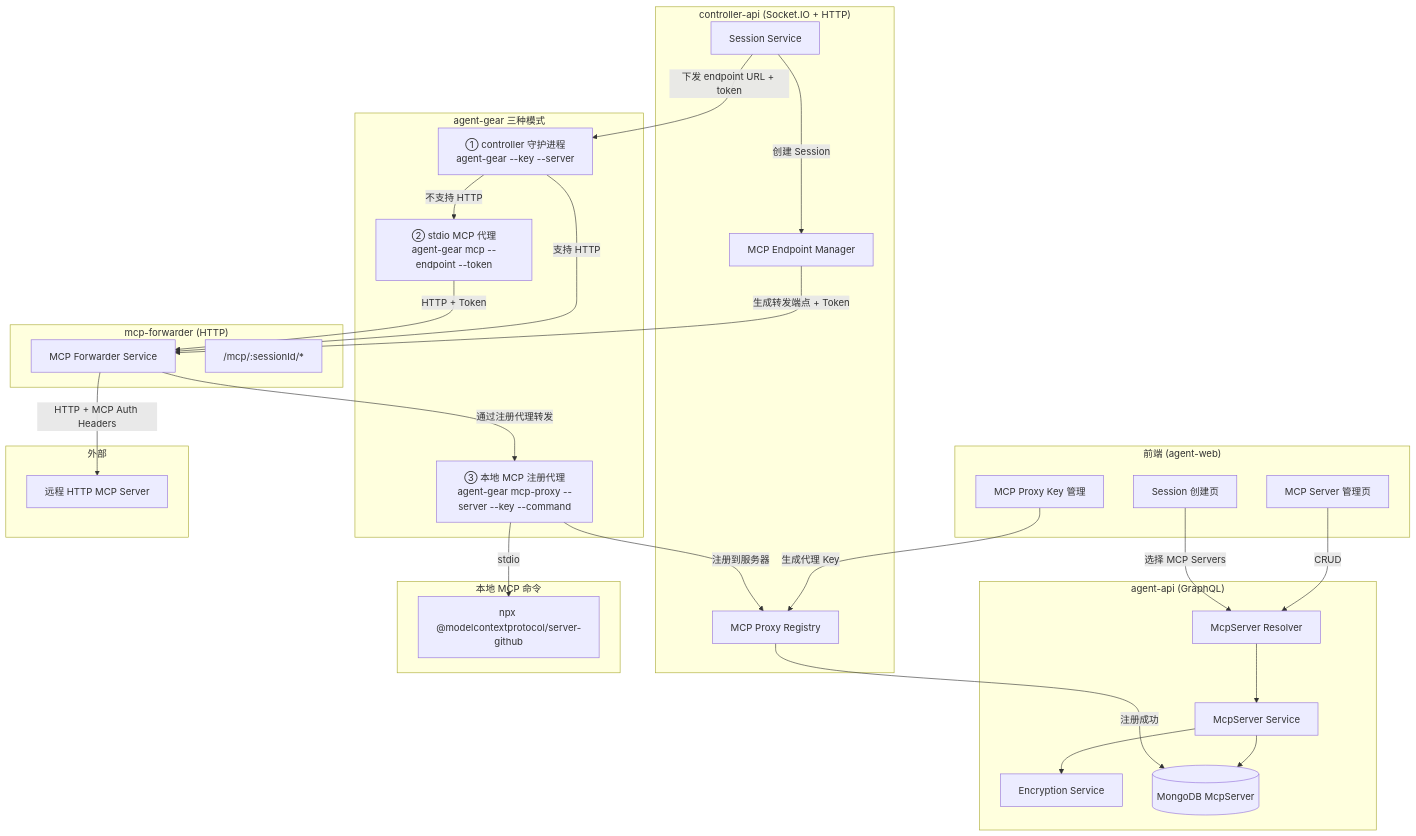
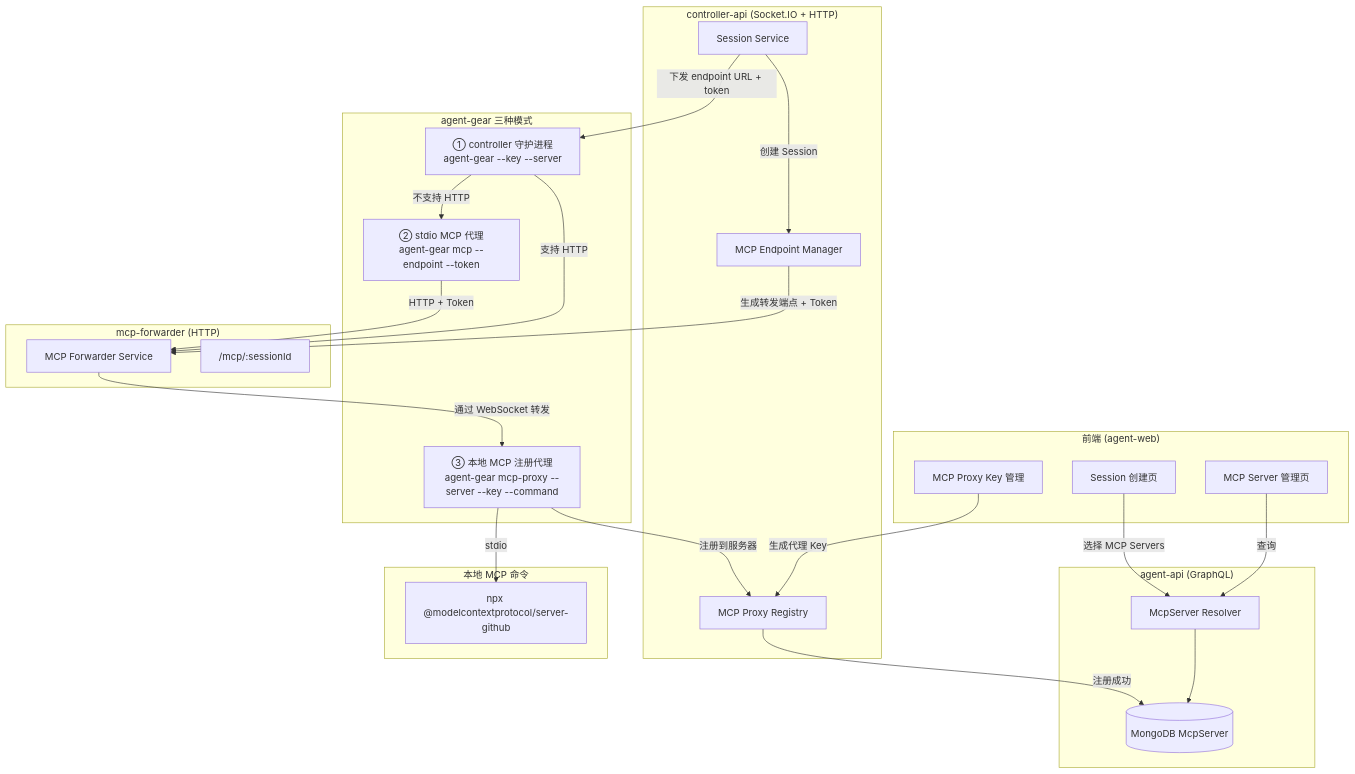
The first of 5 diagrams in docs/engineering/proposals/20260530-feat-mcp-proxy-config.md (Deliay/z-agent-gear), drawn with Mermaid before and after one commit. The commit also changed other lines of this file, not shown here.

````diff
--- a/docs/engineering/proposals/20260530-feat-mcp-proxy-config.md
+++ b/docs/engineering/proposals/20260530-feat-mcp-proxy-config.md
@@ -51,62 +46,53 @@
 ```mermaid
 graph TD
     subgraph "前端 (agent-web)"
         UI_MCP[MCP Server 管理页]
         UI_SESSION[Session 创建页]
         UI_KEY[MCP Proxy Key 管理]
     end
 
     subgraph "agent-api (GraphQL)"
         RES[McpServer Resolver]
-        SVC[McpServer Service]
-        ENC[Encryption Service]
         MOD[(MongoDB McpServer)]
     end
 
     subgraph "controller-api (Socket.IO + HTTP)"
         CAPI[Session Service]
         EP[MCP Endpoint Manager]
         PROXY_REG[MCP Proxy Registry]
     end
 
     subgraph "mcp-forwarder (HTTP)"
         FWD[MCP Forwarder Service]
-        ROUTE["/mcp/:sessionId/*"]
+        ROUTE["/mcp/:sessionId"]
     end
 
     subgraph "agent-gear 三种模式"
         MODE1["① controller 守护进程<br/>agent-gear --key --server"]
         MODE2["② stdio MCP 代理<br/>agent-gear mcp --endpoint --token"]
         MODE3["③ 本地 MCP 注册代理<br/>agent-gear mcp-proxy --server --key --command"]
     end
 
     subgraph "本地 MCP 命令"
         LOCAL_MCP[npx @modelcontextprotocol/server-github]
     end
 
-    subgraph "外部"
-        MCP_EXT[远程 HTTP MCP Server]
-    end
-
-    UI_MCP -->|CRUD| RES
+    UI_MCP -->|查询| RES
     UI_SESSION -->|选择 MCP Servers| RES
     UI_KEY -->|生成代理 Key| PROXY_REG
-    RES --> SVC
-    SVC --> ENC
-    SVC --> MOD
+    RES --> MOD
 
     CAPI -->|创建 Session| EP
     EP -->|生成转发端点 + Token| FWD
     CAPI -->|下发 endpoint URL + token| MODE1
 
     MODE1 -->|支持 HTTP| FWD
     MODE1 -->|不支持 HTTP| MODE2
     MODE2 -->|HTTP + Token| FWD
 
     MODE3 -->|注册到服务器| PROXY_REG
     MODE3 -->|stdio| LOCAL_MCP
     PROXY_REG -->|注册成功| MOD
 
-    FWD -->|HTTP + MCP Auth Headers| MCP_EXT
-    FWD -->|通过注册代理转发| MODE3
+    FWD -->|通过 WebSocket 转发| MODE3
 ```
````
